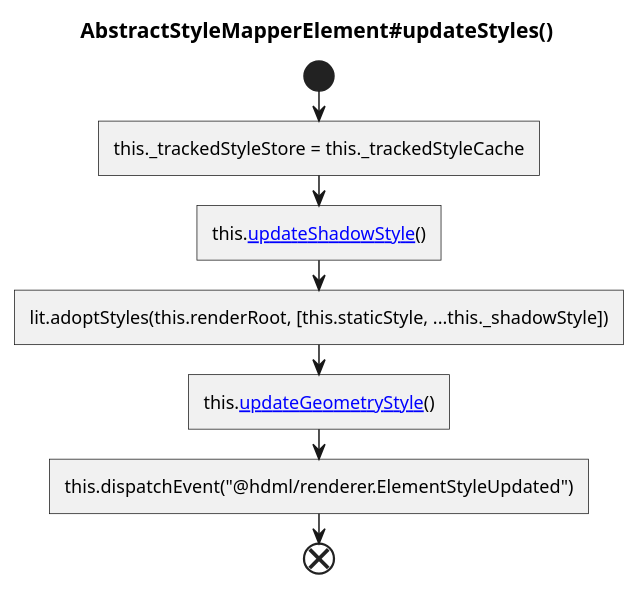
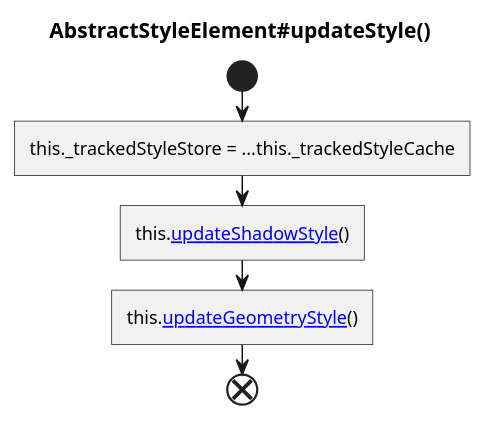
Before and after one commit to hdml-github/hdml-github.github.io: diagram 16 of 19 in puml/renderer.puml, drawn with PlantUML. The commit also changed other lines of this file and 27 other files, not shown here.

```diff
--- a/puml/renderer.puml
+++ b/puml/renderer.puml
@@ -273,11 +382,9 @@
-@startuml AbstractStyleMapperElement_updateStyles
-  title AbstractStyleMapperElement#updateStyles()
+@startuml AbstractStyleElement_updateStyle
+  title AbstractStyleElement#updateStyle()
 
   start
-    :this._trackedStyleStore = this._trackedStyleCache]
-    :this.[[./AbstractStyleMapperElement_updateShadowStyle.svg updateShadowStyle]]()]
-    :lit.adoptStyles(this.renderRoot, [this.staticStyle, ...this._shadowStyle])]
-    :this.[[./AbstractStyleMapperElement_updateGeometryStyle.svg updateGeometryStyle]]()]
-    :this.dispatchEvent("@hdml/renderer.ElementStyleUpdated")]
+    :this._trackedStyleStore = ...this._trackedStyleCache]
+    :this.[[./AbstractStyleElement_updateShadowStyle.svg updateShadowStyle]]()]
+    :this.[[./AbstractStyleElement_updateGeometryStyle.svg updateGeometryStyle]]()]
   end
 @enduml
```
